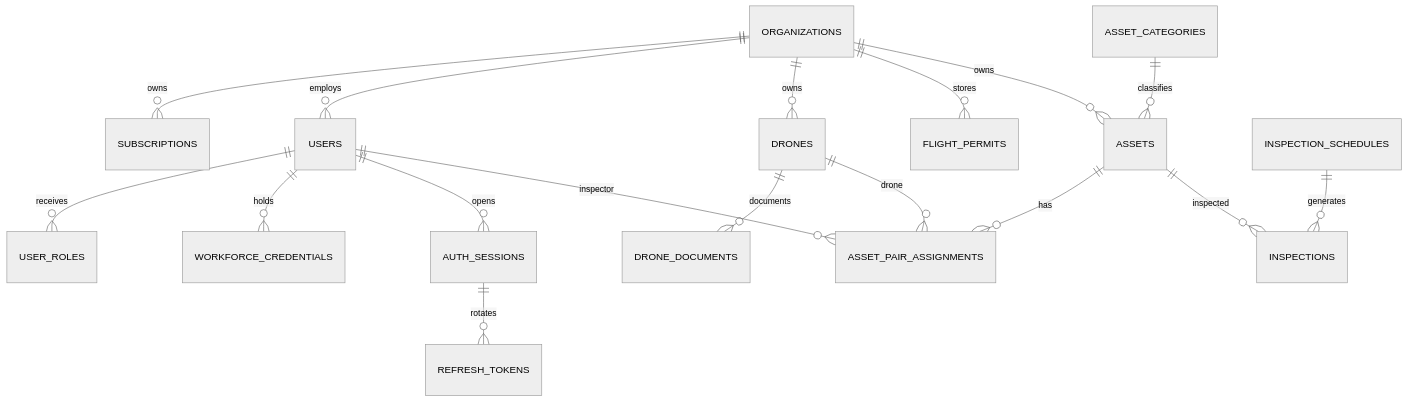
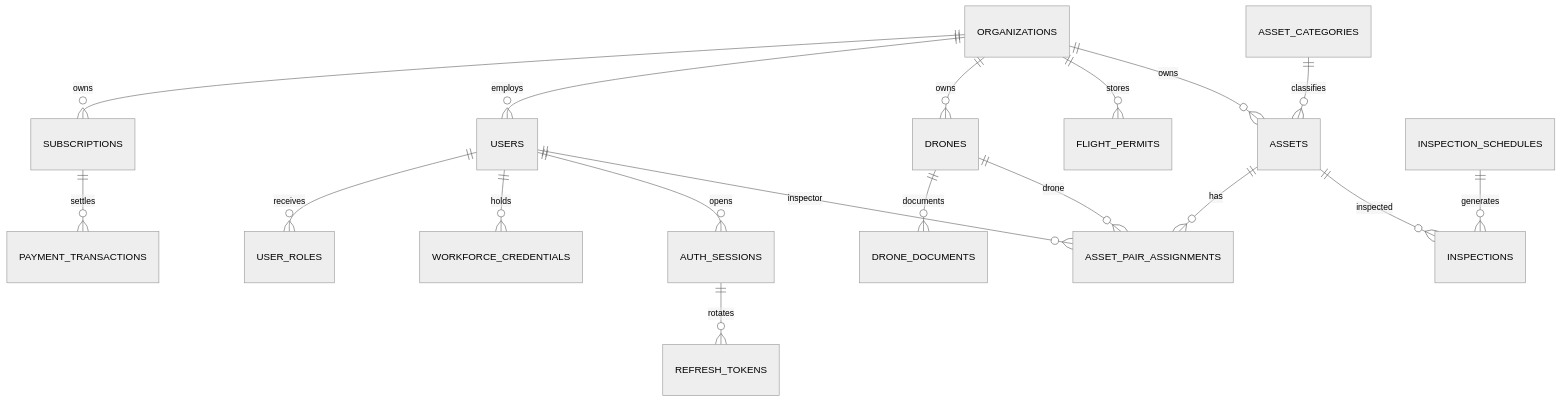
One commit to tungbach12/SmartDroneInspection-Docs changed the first of 3 diagrams in project-reference/database-design.md. Above: the diagram before and after it, drawn with Mermaid (neutral theme). The commit also changed other lines of this file, not shown here.

Commit message:
docs(database): document payment_transactions table for PayPal subscription settlement

````diff
--- a/project-reference/database-design.md
+++ b/project-reference/database-design.md
@@ -113,20 +113,21 @@
 ```mermaid
 erDiagram
     ORGANIZATIONS ||--o{ SUBSCRIPTIONS : owns
+    SUBSCRIPTIONS ||--o{ PAYMENT_TRANSACTIONS : settles
     ORGANIZATIONS ||--o{ USERS : employs
     USERS ||--o{ USER_ROLES : receives
     USERS ||--o{ WORKFORCE_CREDENTIALS : holds
     USERS ||--o{ AUTH_SESSIONS : opens
     AUTH_SESSIONS ||--o{ REFRESH_TOKENS : rotates
 
     ORGANIZATIONS ||--o{ DRONES : owns
     DRONES ||--o{ DRONE_DOCUMENTS : documents
     ORGANIZATIONS ||--o{ FLIGHT_PERMITS : stores
     ORGANIZATIONS ||--o{ ASSETS : owns
     ASSETS ||--o{ ASSET_PAIR_ASSIGNMENTS : has
     USERS ||--o{ ASSET_PAIR_ASSIGNMENTS : inspector
     DRONES ||--o{ ASSET_PAIR_ASSIGNMENTS : drone
     ASSETS ||--o{ INSPECTIONS : inspected
     ASSET_CATEGORIES ||--o{ ASSETS : classifies
     INSPECTION_SCHEDULES ||--o{ INSPECTIONS : generates
 ```
````
